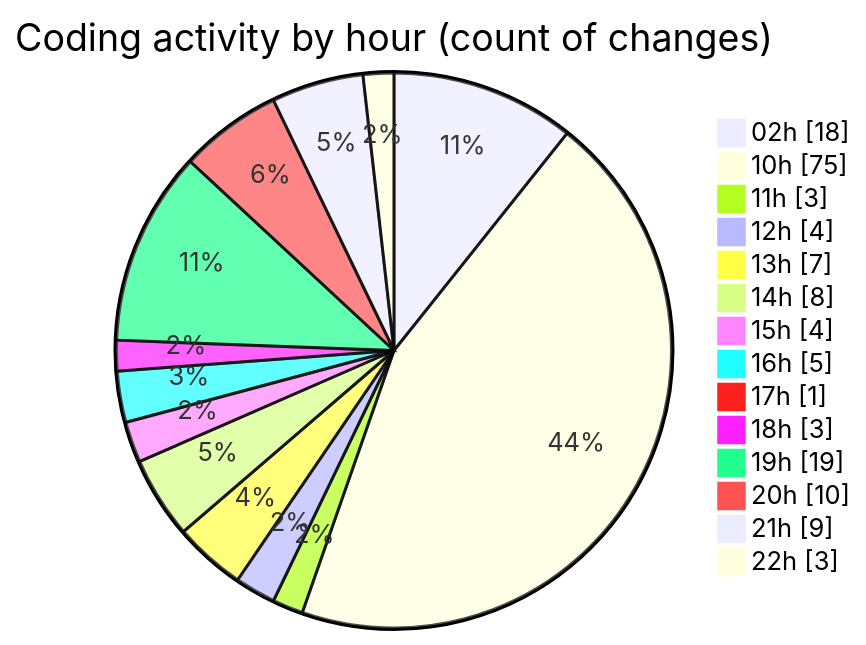
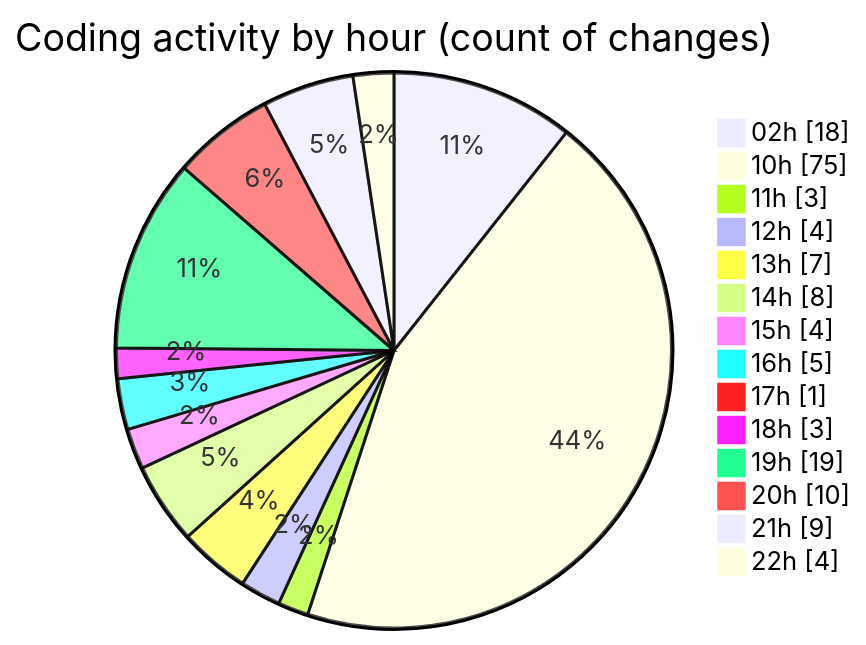
The second of 2 diagrams in 2026-07-08/twenty_versions_aminor/README.md (shibass792/code-tracking), drawn with Mermaid before and after one commit. The commit also changed other lines of this file and 1 other file, not shown here.

````diff
--- a/2026-07-08/twenty_versions_aminor/README.md
+++ b/2026-07-08/twenty_versions_aminor/README.md
@@ -62,18 +62,18 @@
 ```mermaid
 pie showData
 title Coding activity by hour (count of changes)
 "02h" : 18
 "10h" : 75
 "11h" : 3
 "12h" : 4
 "13h" : 7
 "14h" : 8
 "15h" : 4
 "16h" : 5
 "17h" : 1
 "18h" : 3
 "19h" : 19
 "20h" : 10
 "21h" : 9
-"22h" : 3
+"22h" : 4
 ```
````
